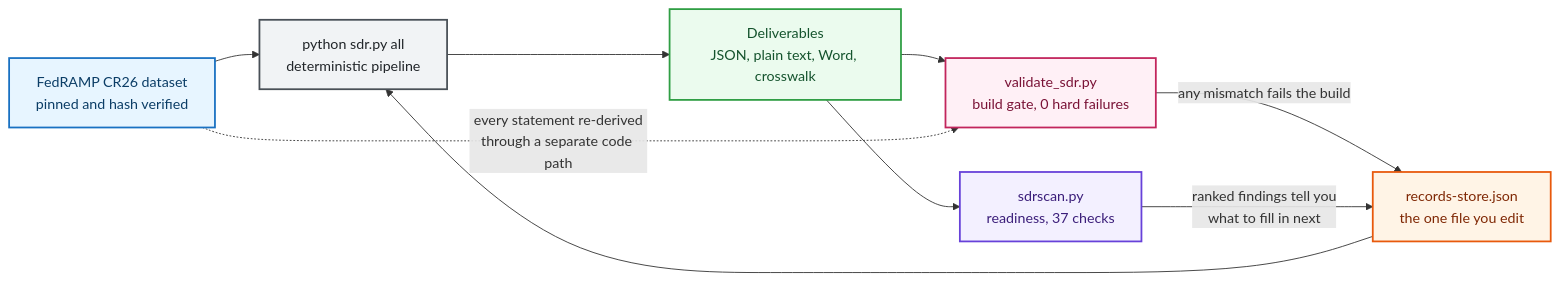
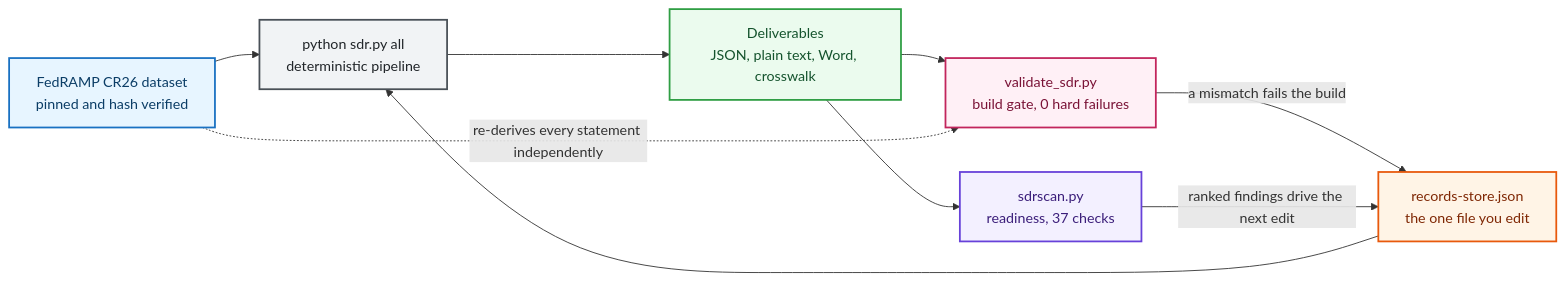
The diagram in README.md (satishuv/FEDRAMP-20x-SDR-Documentation), drawn with Mermaid before and after one commit. The commit also changed 3 other files, not shown here.

First line of the commit message:
Harden Mermaid edge labels for GitHub's renderer

````diff
--- a/README.md
+++ b/README.md
@@ -37,31 +37,31 @@
 ```mermaid
 flowchart LR
     DS["FedRAMP CR26 dataset<br/>pinned and hash verified"]
     RS["records-store.json<br/>the one file you edit"]
     PIPE["python sdr.py all<br/>deterministic pipeline"]
     OUT["Deliverables<br/>JSON, plain text, Word, crosswalk"]
     GATE["validate_sdr.py<br/>build gate, 0 hard failures"]
     SCAN["sdrscan.py<br/>readiness, 37 checks"]
 
     DS --> PIPE
     RS --> PIPE
     PIPE --> OUT
     OUT --> GATE
     OUT --> SCAN
-    DS -. "every statement re-derived<br/>through a separate code path" .-> GATE
-    GATE -- "any mismatch fails the build" --> RS
-    SCAN -- "ranked findings tell you<br/>what to fill in next" --> RS
+    DS -.->|re-derives every statement independently| GATE
+    GATE -->|a mismatch fails the build| RS
+    SCAN -->|ranked findings drive the next edit| RS
 
     classDef src fill:#e7f5ff,stroke:#1971c2,stroke-width:2px,color:#0b3d66
     classDef you fill:#fff4e6,stroke:#e8590c,stroke-width:2px,color:#7f2704
     classDef step fill:#f1f3f5,stroke:#495057,stroke-width:2px,color:#212529
     classDef out fill:#ebfbee,stroke:#2f9e44,stroke-width:2px,color:#14532d
     classDef gate fill:#fff0f6,stroke:#c2255c,stroke-width:2px,color:#7a1236
     classDef scan fill:#f3f0ff,stroke:#6741d9,stroke-width:2px,color:#3b1e7a
     class DS src
     class RS you
     class PIPE step
     class OUT out
     class GATE gate
     class SCAN scan
 ```
````
